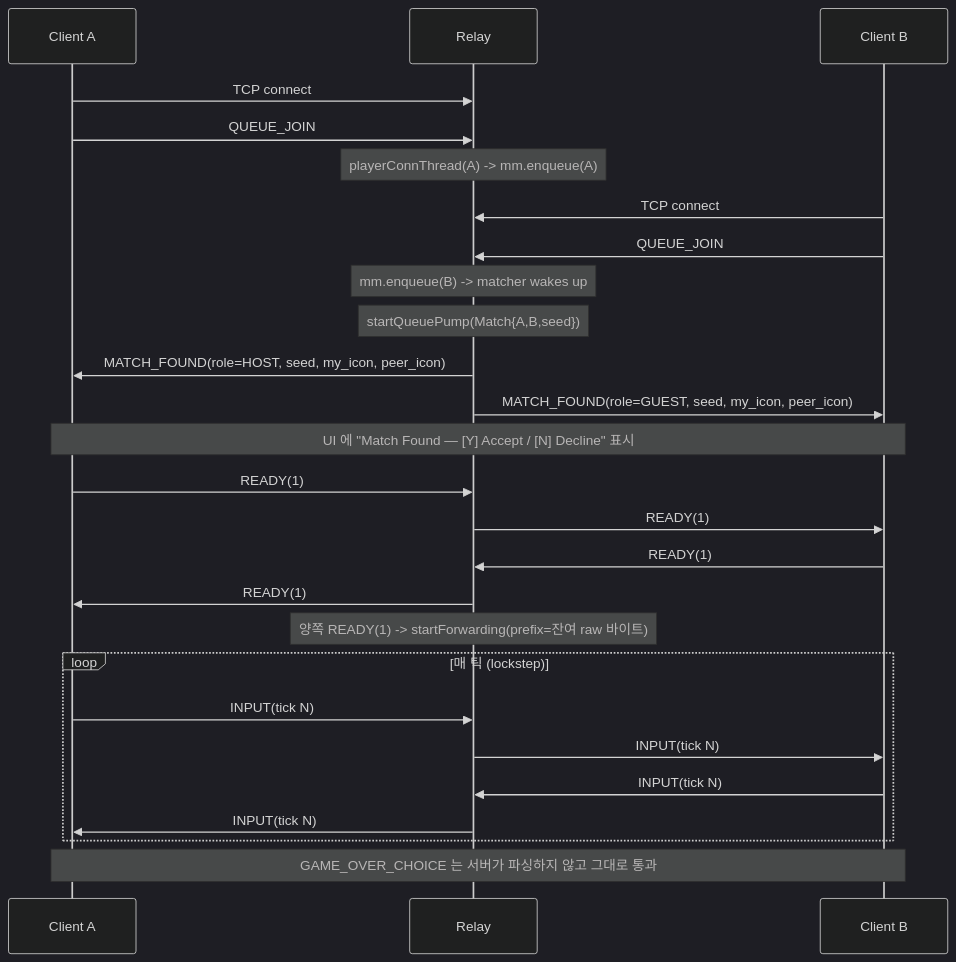
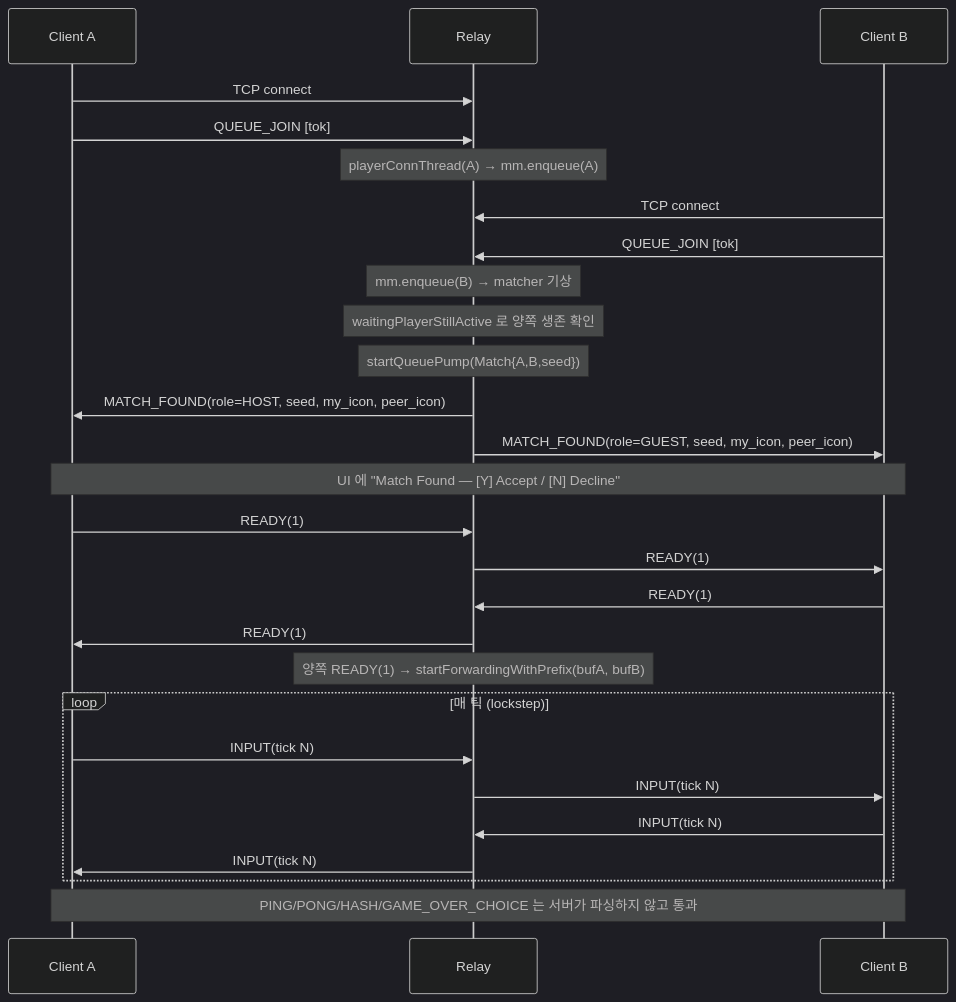
The ninth of 10 diagrams in docs/blog/part7-relay-server.md (Rein-ArXiv/Tetris-Multiplayer-RL), drawn with Mermaid (dark theme) before and after one commit. The commit also changed other lines of this file and 41 other files, not shown here.

````diff
--- a/docs/blog/part7-relay-server.md
+++ b/docs/blog/part7-relay-server.md
@@ -1039,29 +3413,30 @@
 ```mermaid
 sequenceDiagram
     participant A as Client A
     participant R as Relay
     participant B as Client B
 
     A->>R: TCP connect
-    A->>R: QUEUE_JOIN
-    Note over R: playerConnThread(A) ->  mm.enqueue(A)
+    A->>R: QUEUE_JOIN [tok]
+    Note over R: playerConnThread(A) → mm.enqueue(A)
     B->>R: TCP connect
-    B->>R: QUEUE_JOIN
-    Note over R: mm.enqueue(B) ->  matcher wakes up
+    B->>R: QUEUE_JOIN [tok]
+    Note over R: mm.enqueue(B) → matcher 기상
+    Note over R: waitingPlayerStillActive 로 양쪽 생존 확인
     Note over R: startQueuePump(Match{A,B,seed})
     R->>A: MATCH_FOUND(role=HOST, seed, my_icon, peer_icon)
     R->>B: MATCH_FOUND(role=GUEST, seed, my_icon, peer_icon)
-    Note over A,B: UI 에 "Match Found — [Y] Accept / [N] Decline" 표시
+    Note over A,B: UI 에 "Match Found — [Y] Accept / [N] Decline"
     A->>R: READY(1)
     R->>B: READY(1)
     B->>R: READY(1)
     R->>A: READY(1)
-    Note over R: 양쪽 READY(1) -> startForwarding(prefix=잔여 raw 바이트)
+    Note over R: 양쪽 READY(1) → startForwardingWithPrefix(bufA, bufB)
     loop 매 틱 (lockstep)
         A->>R: INPUT(tick N)
         R->>B: INPUT(tick N)
         B->>R: INPUT(tick N)
         R->>A: INPUT(tick N)
     end
-    Note over A,B: GAME_OVER_CHOICE 는 서버가 파싱하지 않고 그대로 통과
+    Note over A,B: PING/PONG/HASH/GAME_OVER_CHOICE 는 서버가 파싱하지 않고 통과
 ```
````
